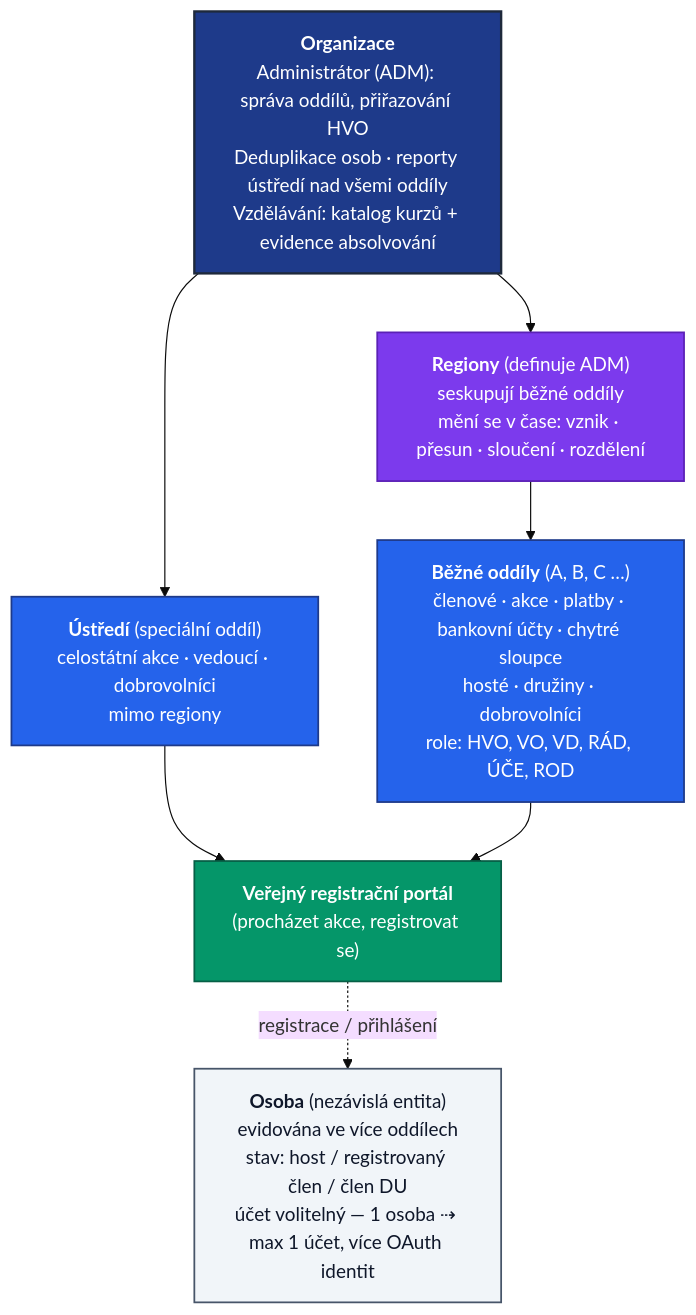
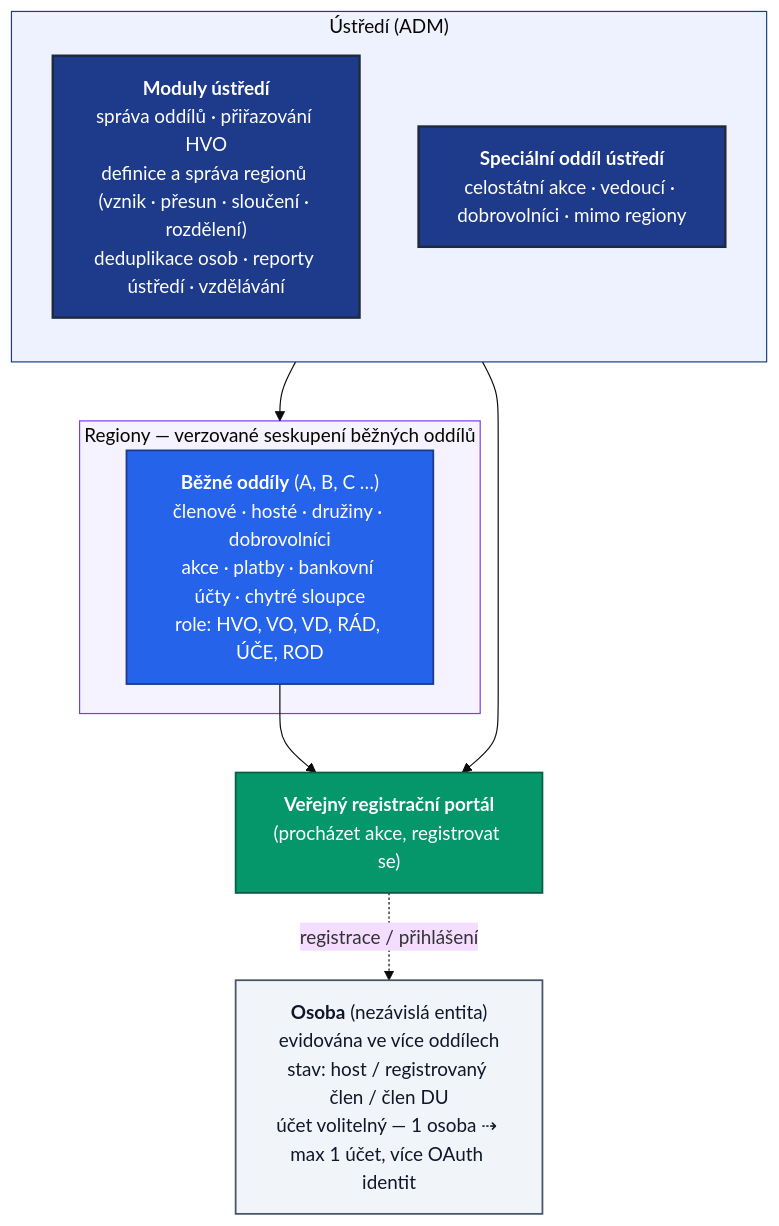
One commit to jendamozna/du-doc changed the first of 2 diagrams in README.md. Above: the diagram before and after it, drawn with Mermaid (base theme). The commit also changed other lines of this file, not shown here.

Commit message:
ustředí/org fix

````diff
--- a/README.md
+++ b/README.md
@@ -13,31 +13,33 @@
 ```mermaid
 flowchart TD
-    ORG["<b>Organizace</b><br/>Administrátor (ADM): správa oddílů, přiřazování HVO<br/>Deduplikace osob · reporty ústředí nad všemi oddíly<br/>Vzdělávání: katalog kurzů + evidence absolvování"]
+    subgraph USTREDI["Ústředí (ADM)"]
+        direction TB
+        MODULY["<b>Moduly ústředí</b><br/>správa oddílů · přiřazování HVO<br/>definice a správa regionů (vznik · přesun · sloučení · rozdělení)<br/>deduplikace osob · reporty ústředí · vzdělávání"]
+        USTODD["<b>Speciální oddíl ústředí</b><br/>celostátní akce · vedoucí · dobrovolníci · mimo regiony"]
+    end
 
-    USTREDI["<b>Ústředí</b> (speciální oddíl)<br/>celostátní akce · vedoucí · dobrovolníci<br/>mimo regiony"]
-    REGION["<b>Regiony</b> (definuje ADM)<br/>seskupují běžné oddíly<br/>mění se v čase: vznik · přesun · sloučení · rozdělení"]
-    ODDILY["<b>Běžné oddíly</b> (A, B, C …)<br/>členové · akce · platby · bankovní účty · chytré sloupce<br/>hosté · družiny · dobrovolníci<br/>role: HVO, VO, VD, RÁD, ÚČE, ROD"]
+    subgraph REGIONY["Regiony — verzované seskupení běžných oddílů"]
+        ODDILY["<b>Běžné oddíly</b> (A, B, C …)<br/>členové · hosté · družiny · dobrovolníci<br/>akce · platby · bankovní účty · chytré sloupce<br/>role: HVO, VO, VD, RÁD, ÚČE, ROD"]
+    end
 
     PORTAL["<b>Veřejný registrační portál</b><br/>(procházet akce, registrovat se)"]
-
     OSOBA["<b>Osoba</b> (nezávislá entita)<br/>evidována ve více oddílech<br/>stav: host / registrovaný člen / člen DU<br/>účet volitelný — 1 osoba ⇢ max 1 účet, více OAuth identit"]
 
-    ORG --> USTREDI
-    ORG --> REGION
-    REGION --> ODDILY
-    USTREDI --> PORTAL
+    MODULY --> REGIONY
+    USTODD --> PORTAL
     ODDILY --> PORTAL
     PORTAL -. "registrace / přihlášení" .-> OSOBA
 
-    classDef org fill:#1e3a8a,stroke:#1e293b,stroke-width:2px,color:#ffffff;
-    classDef region fill:#7c3aed,stroke:#5b21b6,stroke-width:1.5px,color:#ffffff;
+    classDef modul fill:#1e3a8a,stroke:#1e293b,stroke-width:2px,color:#ffffff;
     classDef oddil fill:#2563eb,stroke:#1e3a8a,stroke-width:1.5px,color:#ffffff;
     classDef portal fill:#059669,stroke:#065f46,stroke-width:1.5px,color:#ffffff;
     classDef osoba fill:#f1f5f9,stroke:#475569,stroke-width:1.5px,color:#0f172a;
 
-    class ORG org;
-    class REGION region;
-    class USTREDI,ODDILY oddil;
+    class MODULY,USTODD modul;
+    class ODDILY oddil;
     class PORTAL portal;
     class OSOBA osoba;
+
+    style USTREDI fill:#eef2ff,stroke:#1e3a8a,stroke-width:1px;
+    style REGIONY fill:#f5f3ff,stroke:#7c3aed,stroke-width:1px;
 ```
````
